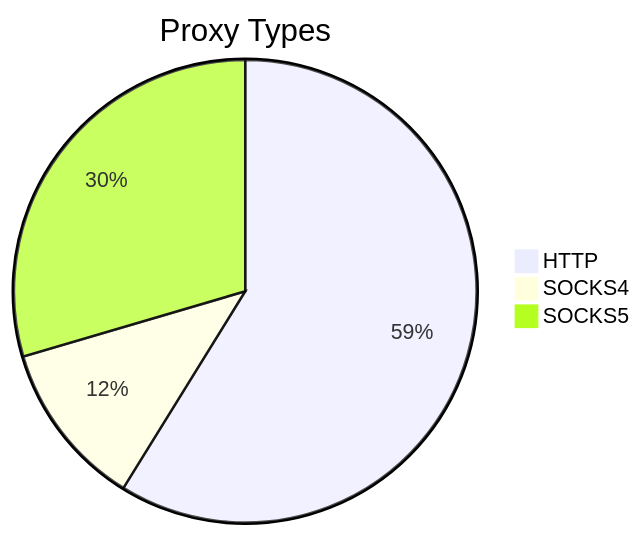
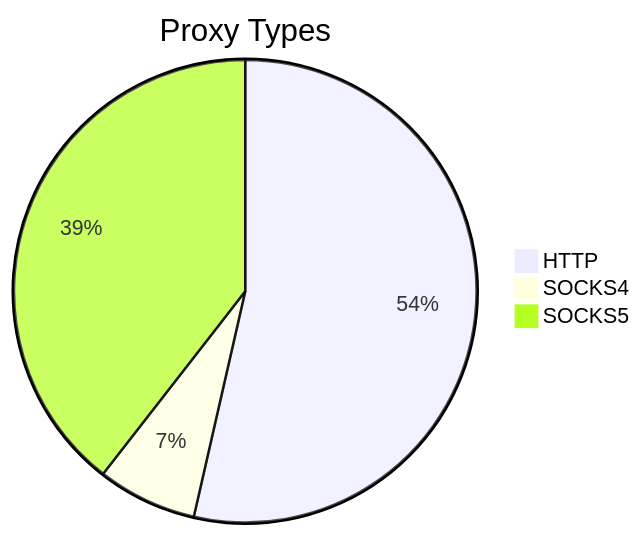
The first of 2 diagrams in README.md (stormsia/proxy-list), drawn with Mermaid before and after one commit. The commit also changed other lines of this file, not shown here.

````diff
--- a/README.md
+++ b/README.md
@@ -21,6 +21,6 @@
 ```mermaid
 pie title Proxy Types
-    "HTTP" : 410
-    "SOCKS4" : 81
-    "SOCKS5" : 206
+    "HTTP" : 285
+    "SOCKS4" : 37
+    "SOCKS5" : 210
 ```
````
